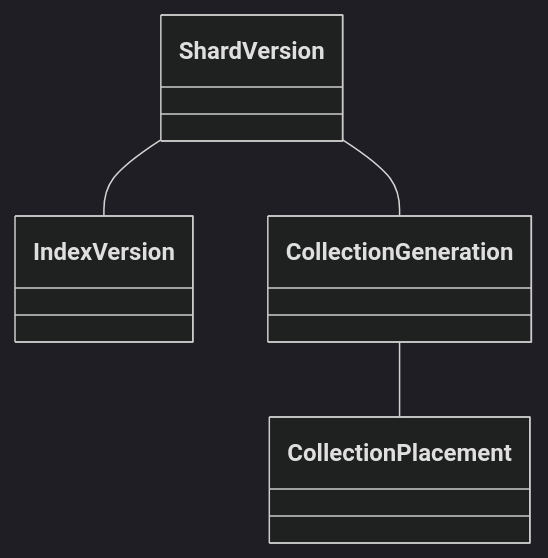
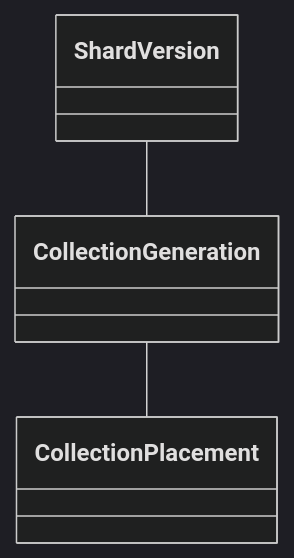
One commit to mongodb/mongo changed the second of 2 diagrams in src/mongo/db/versioning_protocol/README_versioning_protocols.md. Above: the diagram before and after it, drawn with Mermaid (dark theme). The commit also changed other lines of this file and 2 other files, not shown here.

````diff
--- a/src/mongo/db/versioning_protocol/README_versioning_protocols.md
+++ b/src/mongo/db/versioning_protocol/README_versioning_protocols.md
@@ -70,12 +69,10 @@
 ```mermaid
 classDiagram
-    ShardVersion--IndexVersion
     ShardVersion--CollectionGeneration
     CollectionGeneration--CollectionPlacement
 
     link ShardVersion "https://github.com/mongodb/mongo/blob/r6.2.1/src/mongo/s/shard_version.h"
-    link IndexVersion "https://github.com/mongodb/mongo/blob/r6.2.1/src/mongo/s/index_version.h"
     link CollectionGeneration "https://github.com/mongodb/mongo/blob/10fd84b6850ef672ff6ed367ca9292ad8db262d2/src/mongo/s/chunk_version.h#L38-L80"
     link CollectionPlacement "https://github.com/mongodb/mongo/blob/10fd84b6850ef672ff6ed367ca9292ad8db262d2/src/mongo/s/chunk_version.h#L82-L113"
 end
 ```
````
